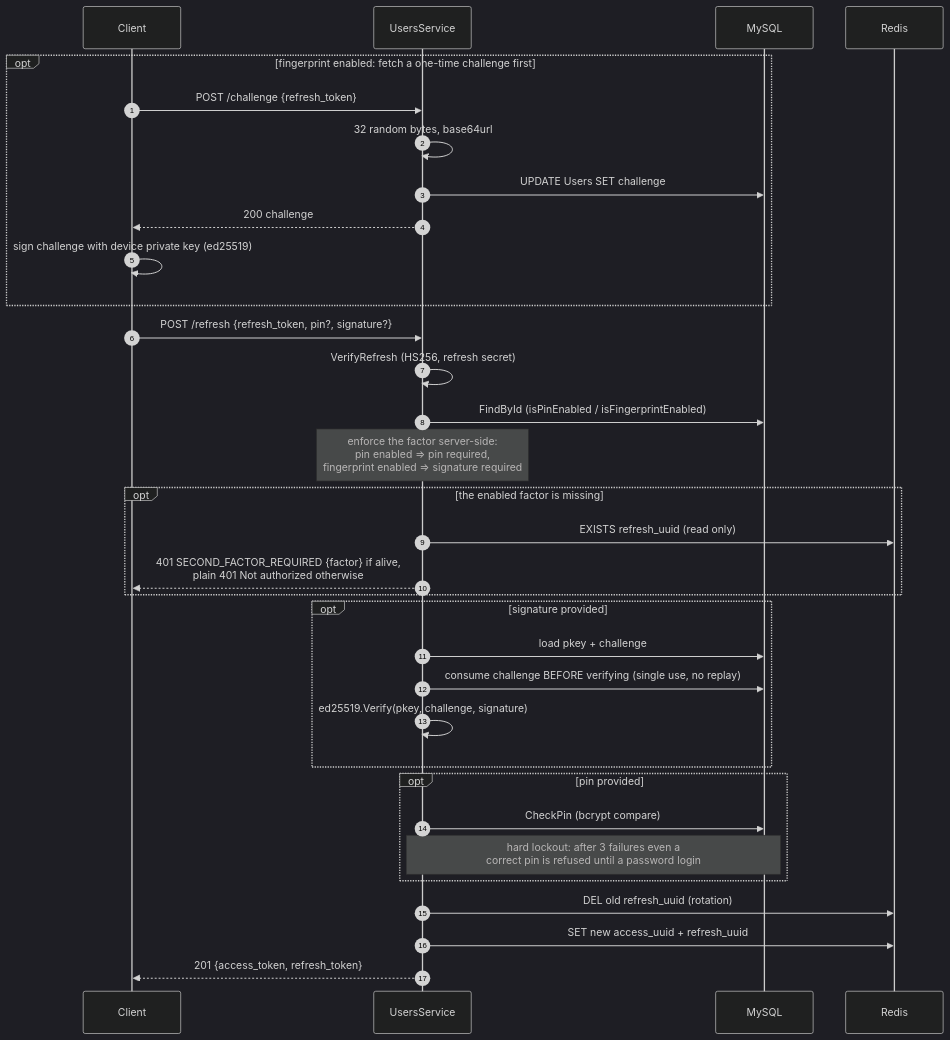
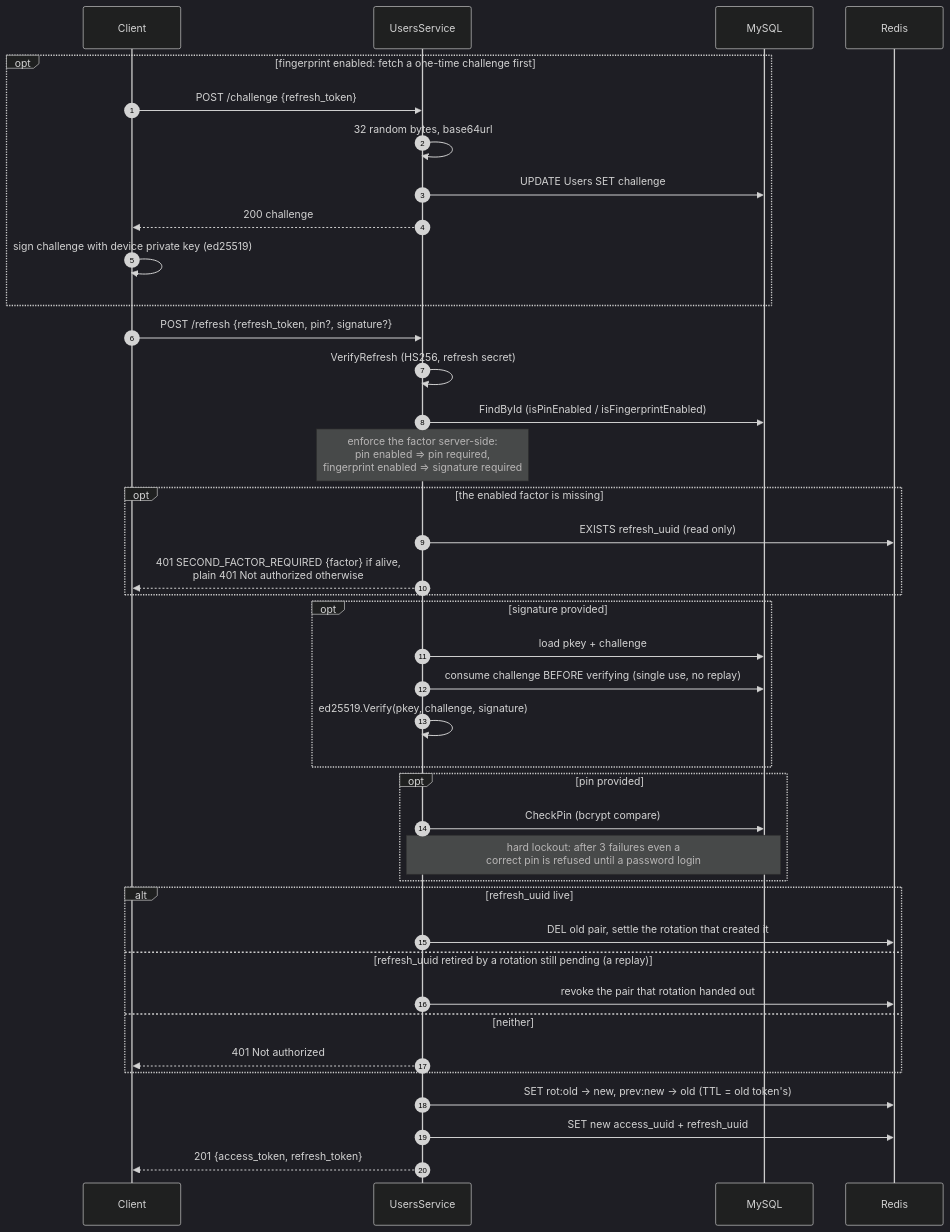
The third of 4 diagrams in homl-web/docs/auth-flows.md (alkariin/homl), drawn with Mermaid (dark theme) before and after one commit. The commit also changed other lines of this file and 2 other files, not shown here.

Commit message:
docs: describe the refresh replay window

````diff
--- a/homl-web/docs/auth-flows.md
+++ b/homl-web/docs/auth-flows.md
@@ -105,39 +105,46 @@
 ```mermaid
 sequenceDiagram
     autonumber
     participant C as Client
     participant S as UsersService
     participant M as MySQL
     participant R as Redis
 
     opt fingerprint enabled: fetch a one-time challenge first
         C->>S: POST /challenge {refresh_token}
         S->>S: 32 random bytes, base64url
         S->>M: UPDATE Users SET challenge
         S-->>C: 200 challenge
         C->>C: sign challenge with device private key (ed25519)
     end
 
     C->>S: POST /refresh {refresh_token, pin?, signature?}
     S->>S: VerifyRefresh (HS256, refresh secret)
     S->>M: FindById (isPinEnabled / isFingerprintEnabled)
     Note over S: enforce the factor server-side:<br/>pin enabled ⇒ pin required,<br/>fingerprint enabled ⇒ signature required
     opt the enabled factor is missing
         S->>R: EXISTS refresh_uuid (read only)
         S-->>C: 401 SECOND_FACTOR_REQUIRED {factor} if alive,<br/>plain 401 Not authorized otherwise
     end
 
     opt signature provided
         S->>M: load pkey + challenge
         S->>M: consume challenge BEFORE verifying (single use, no replay)
         S->>S: ed25519.Verify(pkey, challenge, signature)
     end
     opt pin provided
         S->>M: CheckPin (bcrypt compare)
         Note over S,M: hard lockout: after 3 failures even a<br/>correct pin is refused until a password login
     end
 
-    S->>R: DEL old refresh_uuid (rotation)
+    alt refresh_uuid live
+        S->>R: DEL old pair, settle the rotation that created it
+    else refresh_uuid retired by a rotation still pending (a replay)
+        S->>R: revoke the pair that rotation handed out
+    else neither
+        S-->>C: 401 Not authorized
+    end
+    S->>R: SET rot:old → new, prev:new → old (TTL = old token's)
     S->>R: SET new access_uuid + refresh_uuid
     S-->>C: 201 {access_token, refresh_token}
 ```
````
